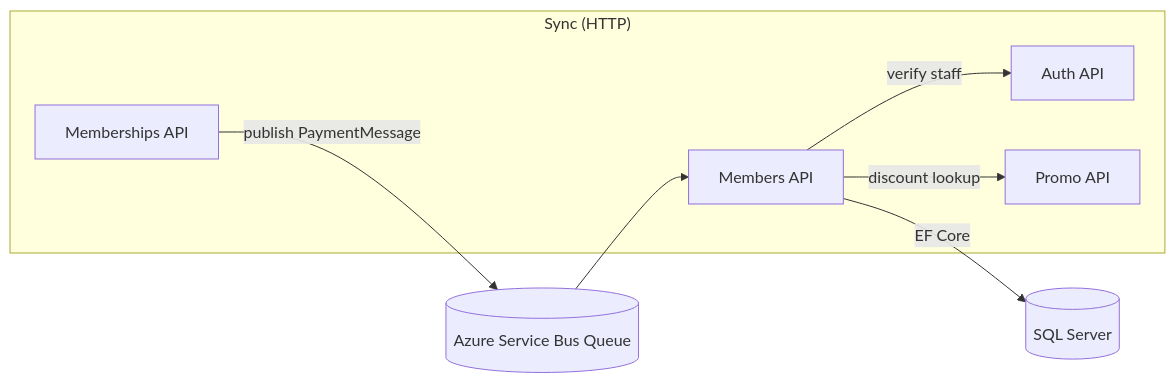
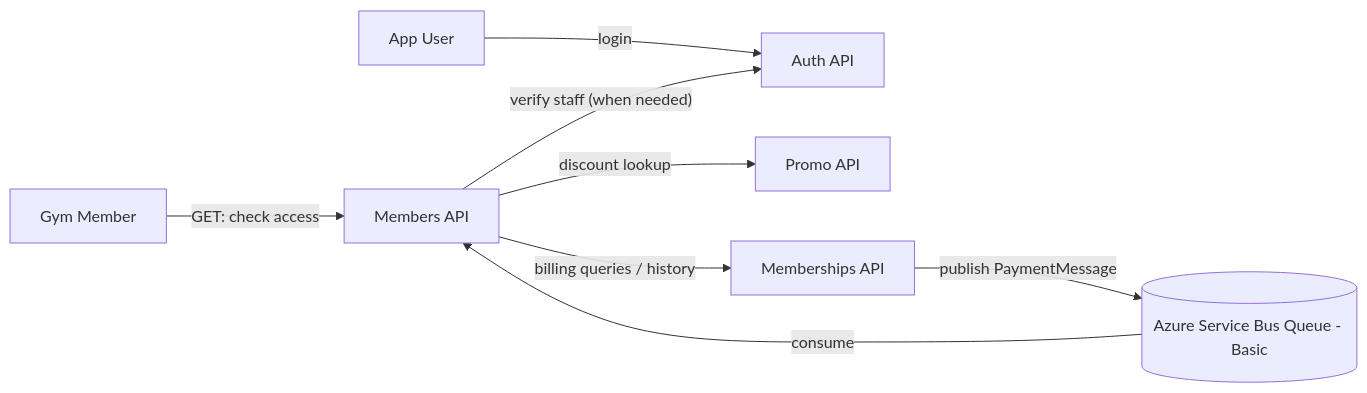
Before and after one commit to Roshaa/GymManagement_Microservices: the diagram in README.md, drawn with Mermaid.

````diff
--- a/README.md
+++ b/README.md
@@ -20,16 +20,13 @@
 ```mermaid
 flowchart LR
-  subgraph "Sync (HTTP)"
-    M[Members API]
-    A[Auth API]
-    P[Promo API]
-    B[Memberships API]
-    M -- "verify staff" --> A
-    M -- "discount lookup" --> P
-  end
+  U[App User] -->|login| A[Auth API]
+  GM[Gym Member] -->|"GET: check access"| M[Members API]
 
-  B -- "publish PaymentMessage" --> Q[(Azure Service Bus Queue)]
-  Q --> M
+  M -->|"verify staff (when needed)"| A
+  M -->|"discount lookup"| P[Promo API]
+  M -->|"billing queries / history"| B[Memberships API]
 
-  M -- "EF Core" --> DB[(SQL Server)]
+  B -->|"publish PaymentMessage"| Q[(Azure Service Bus Queue - Basic)]
+  Q -->|"consume"| M
+
 ```
````
